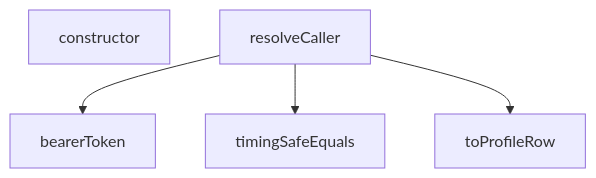
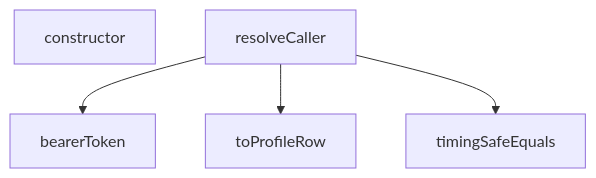
One commit to peckop/venthub-hvac-esite changed the diagram in supabase/functions/_shared/caller.md. Above: the diagram before and after it, drawn with Mermaid. The commit also changed other lines of this file and 134 other files, not shown here.

````diff
--- a/supabase/functions/_shared/caller.md
+++ b/supabase/functions/_shared/caller.md
@@ -177,11 +189,11 @@
 ```mermaid
 graph TD
     caller_ts__bearerToken["bearerToken"]
     caller_ts__constructor["constructor"]
     caller_ts__resolveCaller["resolveCaller"]
     caller_ts__timingSafeEquals["timingSafeEquals"]
     caller_ts__toProfileRow["toProfileRow"]
     caller_ts__resolveCaller --> caller_ts__bearerToken
+    caller_ts__resolveCaller --> caller_ts__toProfileRow
     caller_ts__resolveCaller --> caller_ts__timingSafeEquals
-    caller_ts__resolveCaller --> caller_ts__toProfileRow
 ```
````
